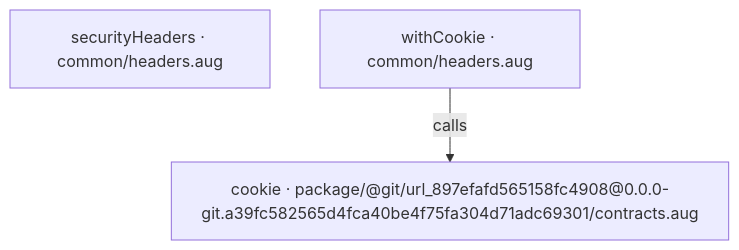
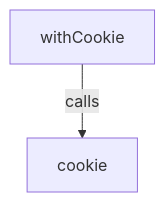
Before and after one commit to GreenPandaStudios/augscript: the first of 3 diagrams in docs/examples/oidc-login/common/headers-diagrams.md, drawn with Mermaid. The commit also changed other lines of this file and 524 other files, not shown here.

Commit message:
Explain checked data flow at folder and service levels

````diff
--- a/docs/examples/oidc-login/common/headers-diagrams.md
+++ b/docs/examples/oidc-login/common/headers-diagrams.md
@@ -23,7 +20,6 @@
 ```mermaid
 flowchart TD
-    n0["securityHeaders · common/headers.aug"]
-    n1["withCookie · common/headers.aug"]
-    n2["cookie · package/@git/url_897efafd565158fc4908@0.0.0-git.a39fc582565d4fca40be4f75fa304d71adc69301/contracts.aug"]
-    n1 -->|"calls"| n2
+    n0["withCookie"]
+    n1["cookie"]
+    n0 -->|"calls"| n1
 ```
````
